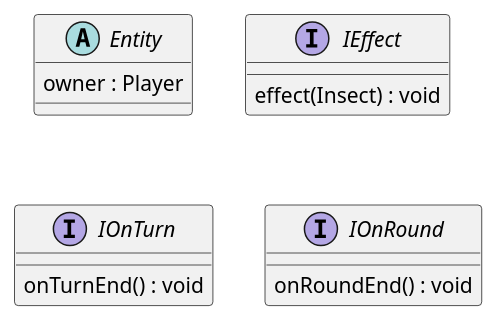
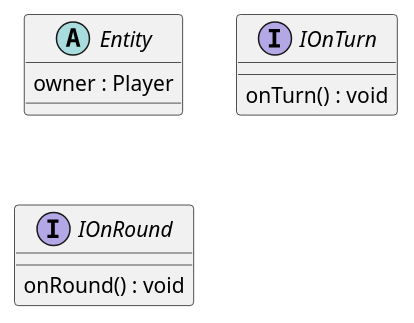
Before and after one commit to Petya-G/fungorium: the diagram in 3/classes/entity.puml, drawn with PlantUML. The commit also changed 5 other files, not shown here.

```diff
--- a/3/classes/entity.puml
+++ b/3/classes/entity.puml
@@ -1,17 +1,13 @@
 @startuml entity
 abstract class Entity {
     owner : Player
 }
 
-interface IEffect{
-    effect(Insect) : void
-}
-
 interface IOnTurn{
-    onTurnEnd() : void
+    onTurn() : void
 }
 
 interface IOnRound{
-    onRoundEnd() : void
+    onRound() : void
 }
 @enduml
```
